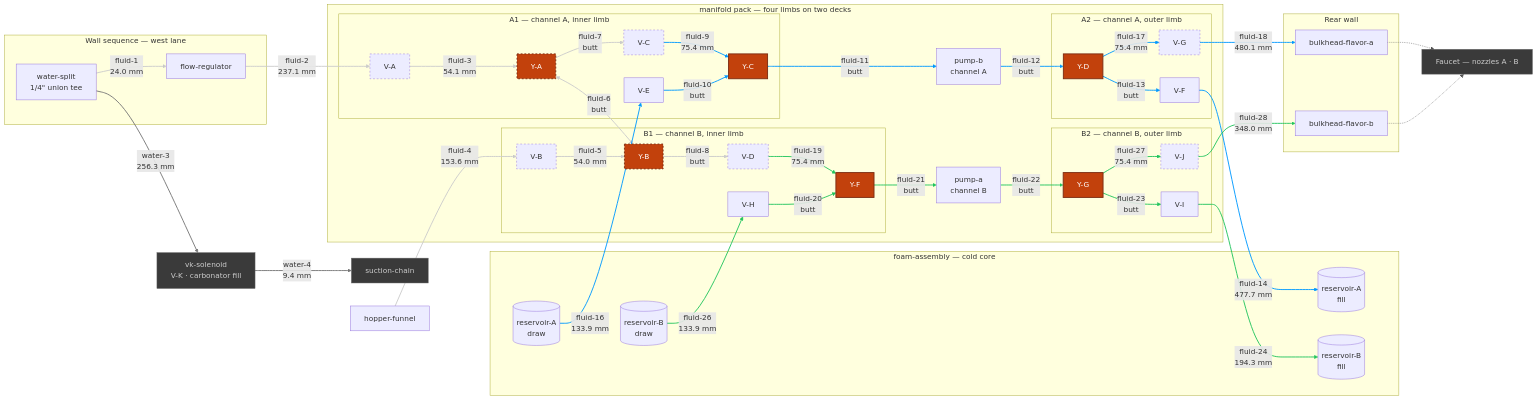
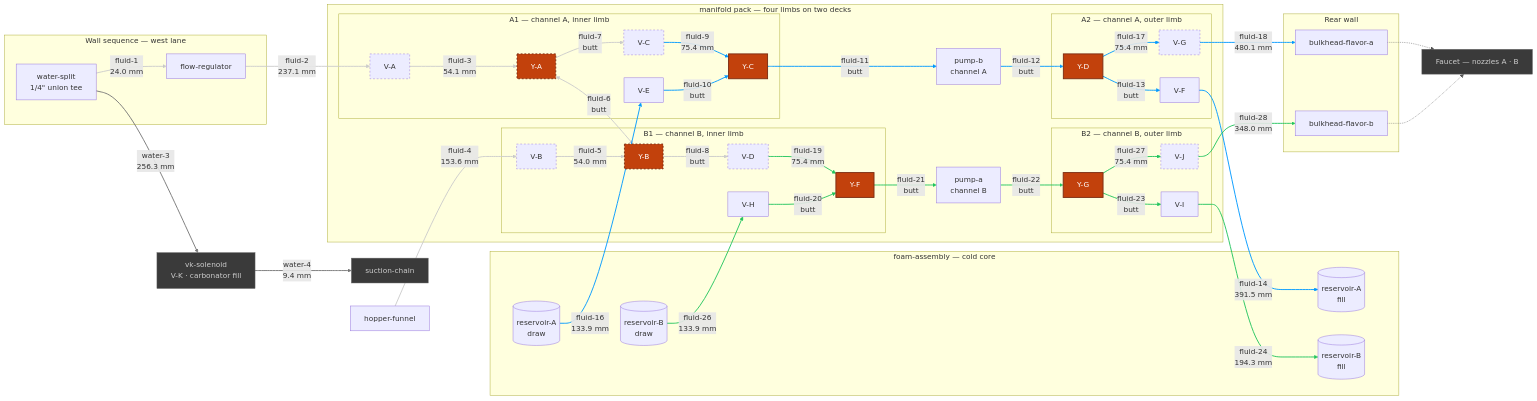
One commit to derekbreden/homesodamachine changed the diagram in hardware/topology/fluid-topology-manifold.mmd. Above: the diagram before and after it, drawn with Mermaid. The commit also changed 33 other files, not shown here.

```diff
--- a/hardware/topology/fluid-topology-manifold.mmd
+++ b/hardware/topology/fluid-topology-manifold.mmd
@@ -14,7 +14,7 @@
   %% [26](SEGMENT_COUNT) flavor segments. [11](BUTT_COUNT) are collet butted to collet and carry
   %% no tube at all; [9](DRAWN_COUNT) are swept runs between placed bodies; the rest are the
   %% hinge's four hairpins and the source pair's two quarter-and-step turns. What is cut comes to
-  %% [2592.3 mm](FLUID_TOTAL) of 1/4" LLDPE over [42](FLUID_BENDS) corners, and the longest is
+  %% [2506.2 mm](FLUID_TOTAL) of 1/4" LLDPE over [42](FLUID_BENDS) corners, and the longest is
   %% [fluid-18](LONGEST_ID) at [480.1 mm](LONGEST_LEN). [0](OPEN_COUNT) are mouths with nothing
   %% on the far end of them: EVERY FLAVOR SEGMENT IN THIS CHART IS MADE. The hopper's gravity
   %% drain is drawn like the rest — the funnel is seated in the box rather than placed in the
@@ -135,7 +135,7 @@
   YC -->|"fluid-11<br/>butt"| PB
   PB -->|"fluid-12<br/>butt"| YD
   YD -->|"fluid-13<br/>butt"| VF
-  VF -->|"fluid-14<br/>477.7 mm"| ResAFill
+  VF -->|"fluid-14<br/>391.5 mm"| ResAFill
   ResA -->|"fluid-16<br/>133.9 mm"| VE
   YD -->|"fluid-17<br/>75.4 mm"| VG
   VG -->|"fluid-18<br/>480.1 mm"| BhA
```
